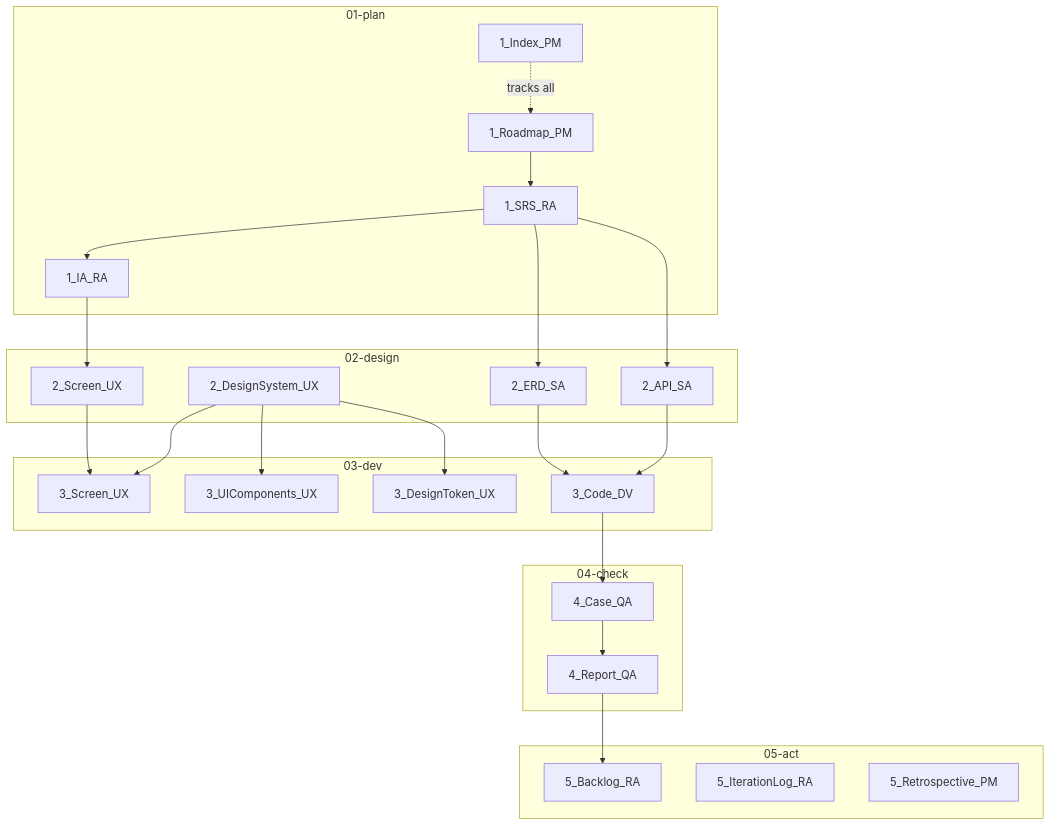
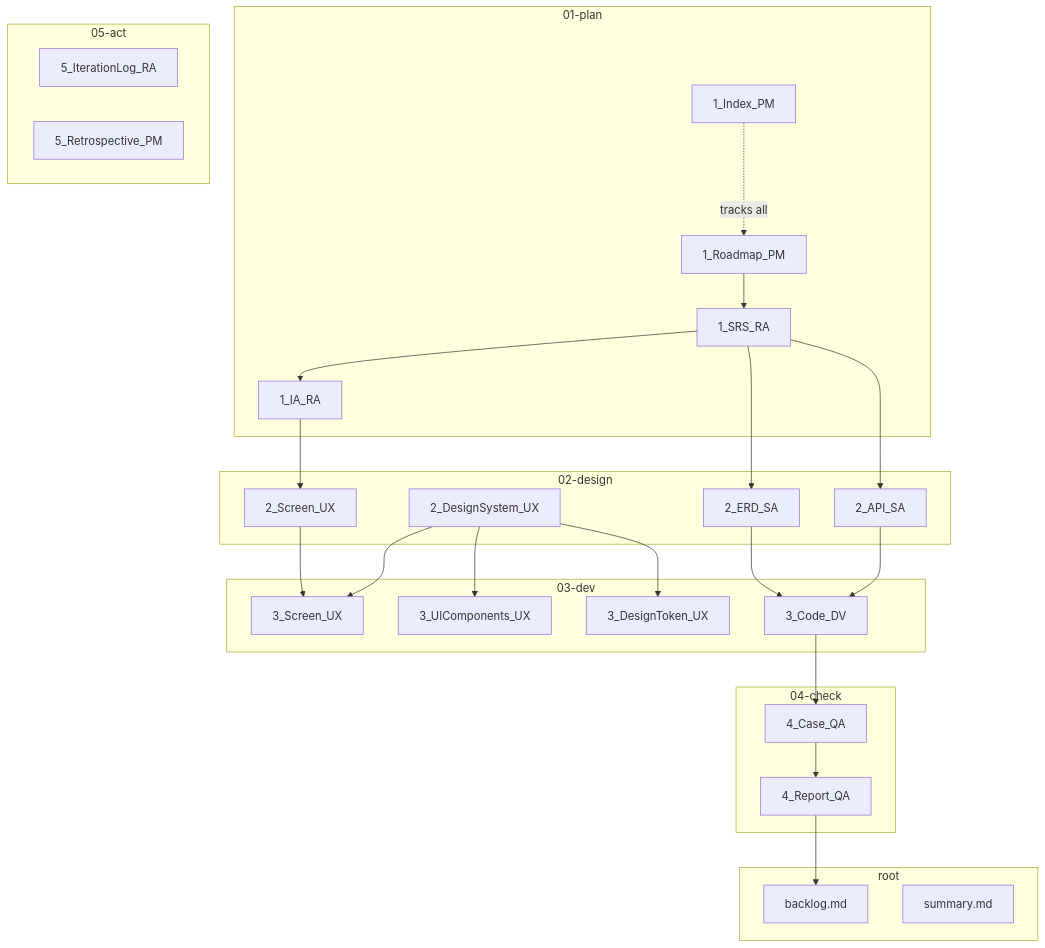
One commit to upleat-ax/u-maker-plugin changed the first of 2 diagrams in templates/01-plan/1_Index_PM.template.md. Above: the diagram before and after it, drawn with Mermaid. The commit also changed other lines of this file and 29 other files, not shown here.

Commit message:
feat: backlog, summary

````diff
--- a/templates/01-plan/1_Index_PM.template.md
+++ b/templates/01-plan/1_Index_PM.template.md
@@ -81,50 +81,54 @@
 ```mermaid
 flowchart TD
     subgraph PLAN["01-plan"]
         ROADMAP[1_Roadmap_PM]
         SRS[1_SRS_RA]
         IA[1_IA_RA]
         INDEX[1_Index_PM]
     end
 
     subgraph DESIGN["02-design"]
         SCREEN[2_Screen_UX]
         DSYS[2_DesignSystem_UX]
         ERD[2_ERD_SA]
         API[2_API_SA]
     end
 
     subgraph DEV["03-dev"]
         CODE[3_Code_DV]
         SCR_UX[3_Screen_UX]
         UICOMP[3_UIComponents_UX]
         DTOKEN[3_DesignToken_UX]
     end
 
     subgraph CHECK["04-check"]
         CASE[4_Case_QA]
         REPORT[4_Report_QA]
     end
 
     subgraph ACT["05-act"]
-        BACKLOG[5_Backlog_RA]
         ITERLOG[5_IterationLog_RA]
         RETRO[5_Retrospective_PM]
+    end
+
+    subgraph ROOT["root"]
+        BACKLOG[backlog.md]
+        SUMMARY[summary.md]
     end
 
     ROADMAP --> SRS
     SRS --> IA
     SRS --> ERD
     SRS --> API
     IA --> SCREEN
     DSYS --> SCR_UX
     DSYS --> UICOMP
     DSYS --> DTOKEN
     ERD --> CODE
     API --> CODE
     SCREEN --> SCR_UX
     CODE --> CASE
     CASE --> REPORT
     REPORT --> BACKLOG
     INDEX -.->|tracks all| ROADMAP
 ```
````
